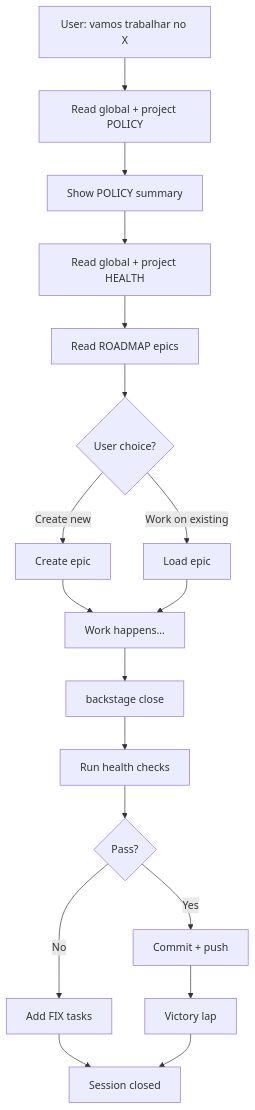
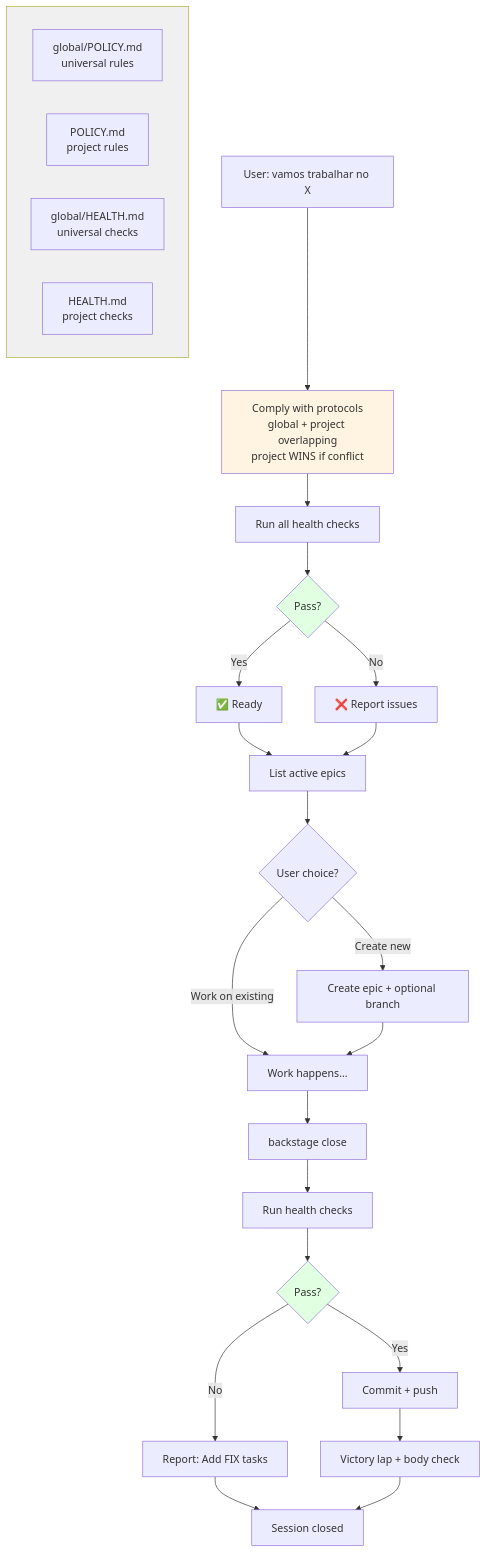
The diagram in skill/SKILL.md (nonlinear/backstage), drawn with Mermaid before and after one commit. The commit also changed other lines of this file and 1 other file, not shown here.

Commit message:
refactor: skill executes protocol, reports results
Changed from verbose output to protocol compliance:
- Reads global + project POLICY/HEALTH silently
- Executes combined rules (project wins if conflict)
- Reports only result: ✅ ready / ❌ issues
- Updated diagram: protocols overlap, not sequential
- Removed examples, focused on execution order

Rationale: Skill obeys protocol, doesn't narrate process.

````diff
--- a/skill/SKILL.md
+++ b/skill/SKILL.md
@@ -87,26 +87,46 @@
 ```mermaid
 flowchart TD
-    START[User: vamos trabalhar no X] --> READ_POLICY
-    READ_POLICY[Read global + project POLICY] --> SHOW_POLICY
-    SHOW_POLICY[Show POLICY summary] --> READ_HEALTH
-    READ_HEALTH[Read global + project HEALTH] --> READ_ROADMAP
-    READ_ROADMAP[Read ROADMAP epics] --> ASK_CHOICE
+    START[User: vamos trabalhar no X] --> COMPLY
     
-    ASK_CHOICE{User choice?} -->|Create new| EPIC_CREATE
-    ASK_CHOICE -->|Work on existing| EPIC_SWITCH
+    COMPLY[Comply with protocols<br/>global + project overlapping<br/>project WINS if conflict] --> HEALTH
     
-    EPIC_CREATE[Create epic] --> WORK
-    EPIC_SWITCH[Load epic] --> WORK
+    subgraph PROTOCOLS [" "]
+        GLOBAL_P[global/POLICY.md<br/>universal rules]
+        PROJECT_P[POLICY.md<br/>project rules]
+        GLOBAL_H[global/HEALTH.md<br/>universal checks]
+        PROJECT_H[HEALTH.md<br/>project checks]
+    end
+    
+    HEALTH[Run all health checks] --> HEALTH_OK{Pass?}
+    
+    HEALTH_OK -->|Yes| READY[✅ Ready]
+    HEALTH_OK -->|No| REPORT_ISSUES[❌ Report issues]
+    
+    READY --> LIST_EPICS[List active epics]
+    REPORT_ISSUES --> LIST_EPICS
+    
+    LIST_EPICS --> ASK_CHOICE{User choice?}
+    
+    ASK_CHOICE -->|Create new| EPIC_CREATE
+    ASK_CHOICE -->|Work on existing| WORK
+    
+    EPIC_CREATE[Create epic + optional branch] --> WORK
     
     WORK[Work happens...] --> CLOSE
     
-    CLOSE[backstage close] --> RUN_HEALTH
-    RUN_HEALTH[Run health checks] --> HEALTH_OK{Pass?}
+    CLOSE[backstage close] --> FINAL_HEALTH[Run health checks]
     
-    HEALTH_OK -->|No| ADD_FIXES[Add FIX tasks]
-    HEALTH_OK -->|Yes| COMMIT[Commit + push]
+    FINAL_HEALTH --> FINAL_OK{Pass?}
+    
+    FINAL_OK -->|No| ADD_FIXES[Report: Add FIX tasks]
+    FINAL_OK -->|Yes| COMMIT[Commit + push]
     
     ADD_FIXES --> DONE
-    COMMIT --> VICTORY[Victory lap]
+    COMMIT --> VICTORY[Victory lap + body check]
     VICTORY --> DONE[Session closed]
+    
+    style COMPLY fill:#fff4e1
+    style PROTOCOLS fill:#f0f0f0
+    style HEALTH_OK fill:#e1ffe1
+    style FINAL_OK fill:#e1ffe1
 ```
````
